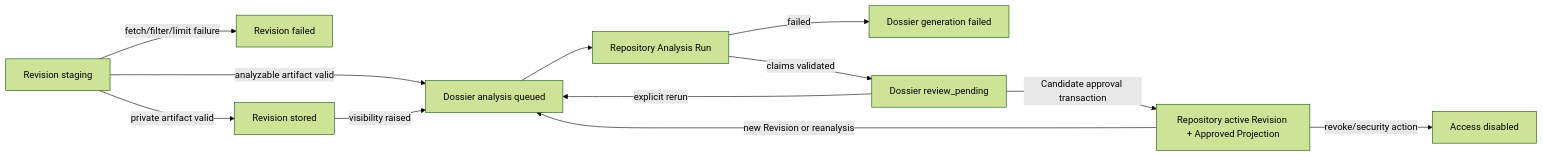
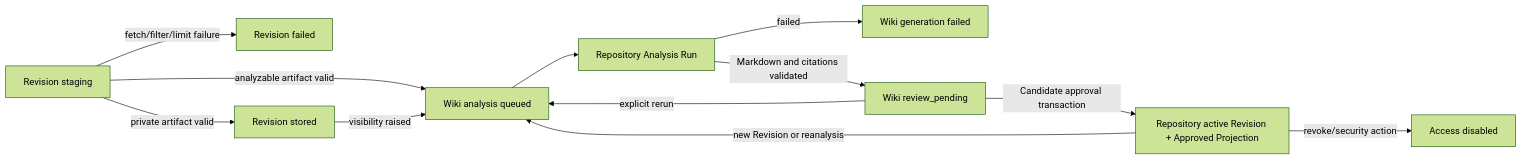
The second of 4 diagrams in docs/architecture/DESIGN-005.md (monshunter/askme), drawn with Mermaid (forest theme) before and after one commit. The commit also changed other lines of this file and 197 other files, not shown here.

````diff
--- a/docs/architecture/DESIGN-005.md
+++ b/docs/architecture/DESIGN-005.md
@@ -153,14 +161,14 @@
 ```mermaid
 flowchart LR
   S["Revision staging"] -->|fetch/filter/limit failure| F["Revision failed"]
   S -->|private artifact valid| ST["Revision stored"]
-  S -->|analyzable artifact valid| Q["Dossier analysis queued"]
+  S -->|analyzable artifact valid| Q["Wiki analysis queued"]
   ST -->|visibility raised| Q
   Q --> R["Repository Analysis Run"]
-  R -->|failed| DF["Dossier generation failed"]
-  R -->|claims validated| RP["Dossier review_pending"]
+  R -->|failed| DF["Wiki generation failed"]
+  R -->|Markdown and citations validated| RP["Wiki review_pending"]
   RP -->|explicit rerun| Q
   RP -->|Candidate approval transaction| AP["Repository active Revision + Approved Projection"]
   AP -->|new Revision or reanalysis| Q
   AP -->|revoke/security action| D["Access disabled"]
 ```
````
